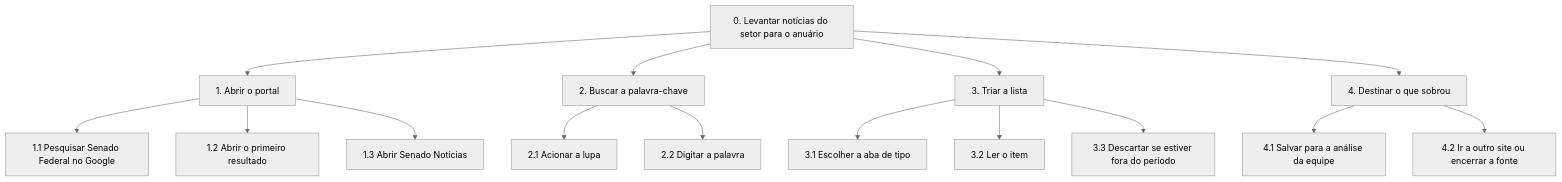
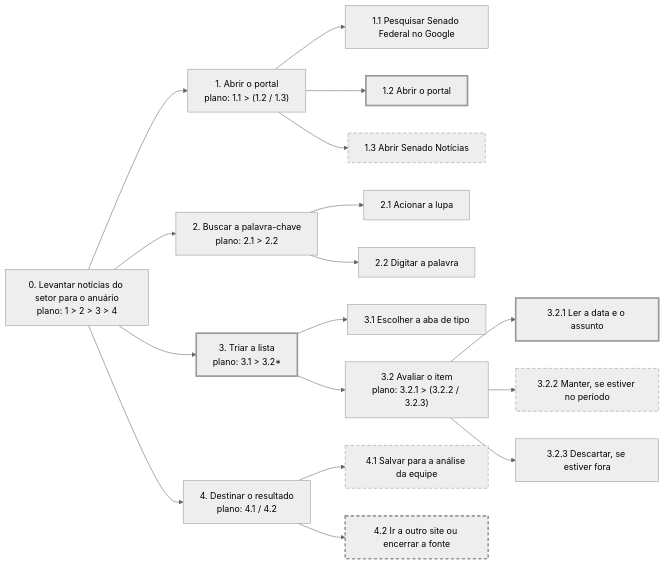
Before and after one commit to Interacao-Humano-Computador/2026.2-Grupo06: the first of 2 diagrams in docs/entrega-2/individual/caio/analise-tarefas.md, drawn with Mermaid (neutral theme). The commit also changed other lines of this file and 3 other files, not shown here.

````diff
--- a/docs/entrega-2/individual/caio/analise-tarefas.md
+++ b/docs/entrega-2/individual/caio/analise-tarefas.md
@@ -57,32 +61,40 @@
 ```mermaid
-flowchart TD
-    T0["0. Levantar notícias do setor para o anuário"]
-    T1["1. Abrir o portal"]
-    T2["2. Buscar a palavra-chave"]
-    T3["3. Triar a lista"]
-    T4["4. Destinar o que sobrou"]
+flowchart LR
+    T0["0. Levantar notícias do setor para o anuário<br/>plano: 1 > 2 > 3 > 4"]
+    T1["1. Abrir o portal<br/>plano: 1.1 > (1.2 / 1.3)"]
+    T2["2. Buscar a palavra-chave<br/>plano: 2.1 > 2.2"]
+    T3["3. Triar a lista<br/>plano: 3.1 > 3.2*"]
+    T4["4. Destinar o resultado<br/>plano: 4.1 / 4.2"]
     T11["1.1 Pesquisar Senado Federal no Google"]
-    T12["1.2 Abrir o primeiro resultado"]
+    T12["1.2 Abrir o portal"]
     T13["1.3 Abrir Senado Notícias"]
     T21["2.1 Acionar a lupa"]
     T22["2.2 Digitar a palavra"]
     T31["3.1 Escolher a aba de tipo"]
-    T32["3.2 Ler o item"]
-    T33["3.3 Descartar se estiver fora do período"]
+    T32["3.2 Avaliar o item<br/>plano: 3.2.1 > (3.2.2 / 3.2.3)"]
+    T321["3.2.1 Ler a data e o assunto"]
+    T322["3.2.2 Manter, se estiver no período"]
+    T323["3.2.3 Descartar, se estiver fora"]
     T41["4.1 Salvar para a análise da equipe"]
     T42["4.2 Ir a outro site ou encerrar a fonte"]
     T0 --> T1
     T0 --> T2
     T0 --> T3
     T0 --> T4
     T1 --> T11
     T1 --> T12
     T1 --> T13
     T2 --> T21
     T2 --> T22
     T3 --> T31
     T3 --> T32
-    T3 --> T33
+    T32 --> T321
+    T32 --> T322
+    T32 --> T323
     T4 --> T41
     T4 --> T42
+    classDef relatado stroke-dasharray: 6 4
+    classDef problema stroke-width: 3px
+    class T13,T41,T42,T322 relatado
+    class T12,T3,T321,T42 problema
 ```
````
